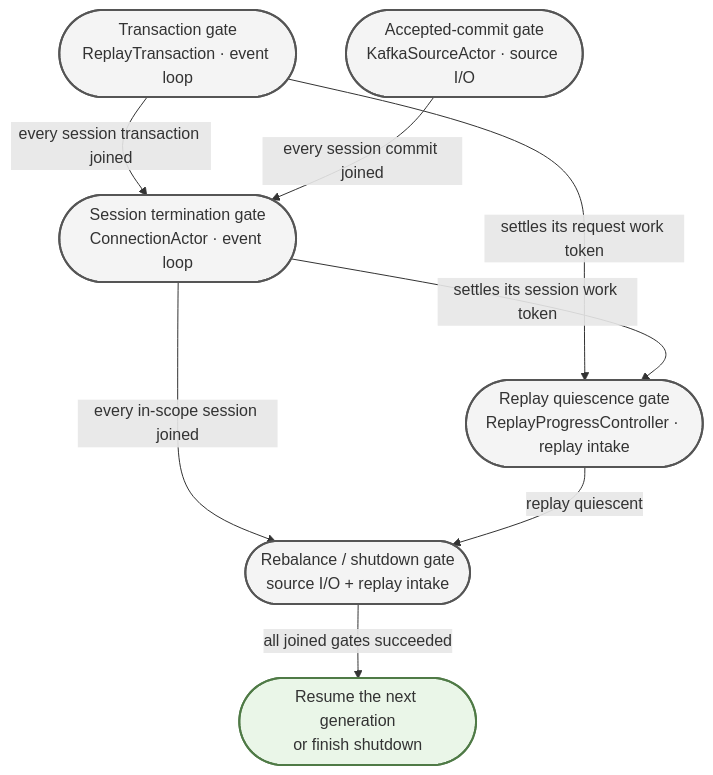
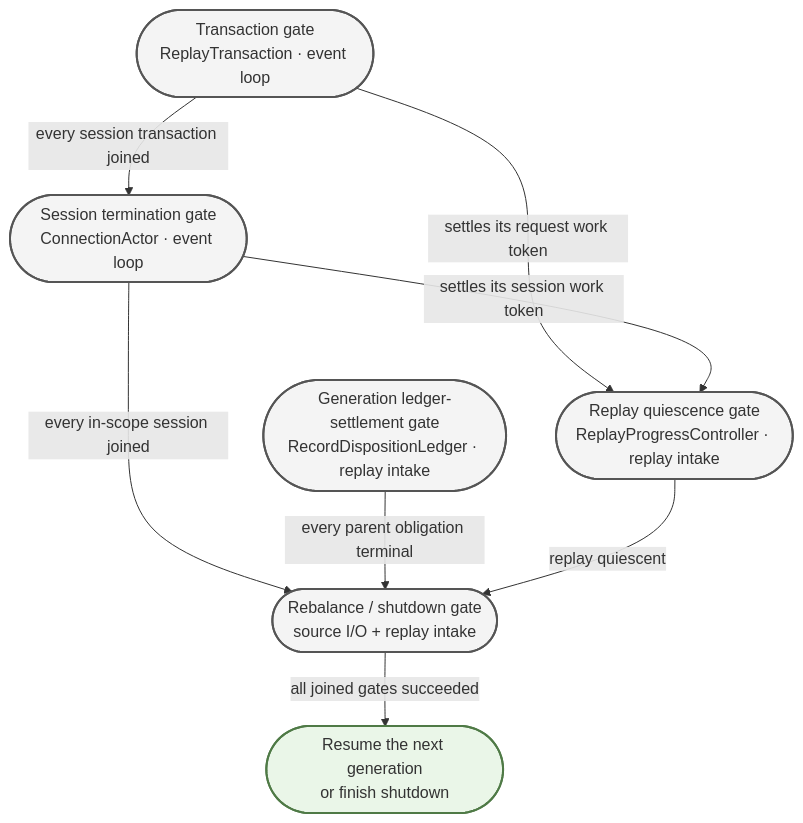
Before and after one commit to opensearch-project/opensearch-migrations: the third of 4 diagrams in docs/replayerHardenedArchitectureDesign.md, drawn with Mermaid. The commit also changed other lines of this file and 3 other files, not shown here.

````diff
--- a/docs/replayerHardenedArchitectureDesign.md
+++ b/docs/replayerHardenedArchitectureDesign.md
@@ -743,22 +741,22 @@
 ```mermaid
 flowchart TD
     TXN(["Transaction gate<br/>ReplayTransaction · event loop"])
-    COMMIT(["Accepted-commit gate<br/>KafkaSourceActor · source I/O"])
+    LEDGER(["Generation ledger-settlement gate<br/>RecordDispositionLedger · replay intake"])
     SESSION(["Session termination gate<br/>ConnectionActor · event loop"])
-    DRAIN(["Replay quiescence gate<br/>ReplayProgressController · replay intake"])
+    QUIESCENCE(["Replay quiescence gate<br/>ReplayProgressController · replay intake"])
     LIFE(["Rebalance / shutdown gate<br/>source I/O + replay intake"])
     GO(["Resume the next generation<br/>or finish shutdown"])
 
     TXN -->|"every session transaction joined"| SESSION
-    COMMIT -->|"every session commit joined"| SESSION
-    TXN -->|"settles its request work token"| DRAIN
-    SESSION -->|"settles its session work token"| DRAIN
+    TXN -->|"settles its request work token"| QUIESCENCE
+    SESSION -->|"settles its session work token"| QUIESCENCE
     SESSION -->|"every in-scope session joined"| LIFE
-    DRAIN -->|"replay quiescent"| LIFE
+    LEDGER -->|"every parent obligation terminal"| LIFE
+    QUIESCENCE -->|"replay quiescent"| LIFE
     LIFE -->|"all joined gates succeeded"| GO
 
     classDef gate fill:#f4f4f4,stroke:#555555,stroke-width:2px
     classDef terminal fill:#eaf6e8,stroke:#4f7a46,stroke-width:2px
-    class TXN,COMMIT,SESSION,DRAIN,LIFE gate
+    class TXN,LEDGER,SESSION,QUIESCENCE,LIFE gate
     class GO terminal
 ```
````
